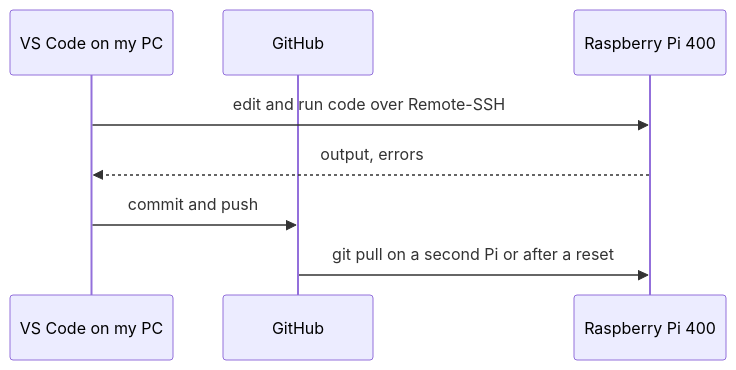
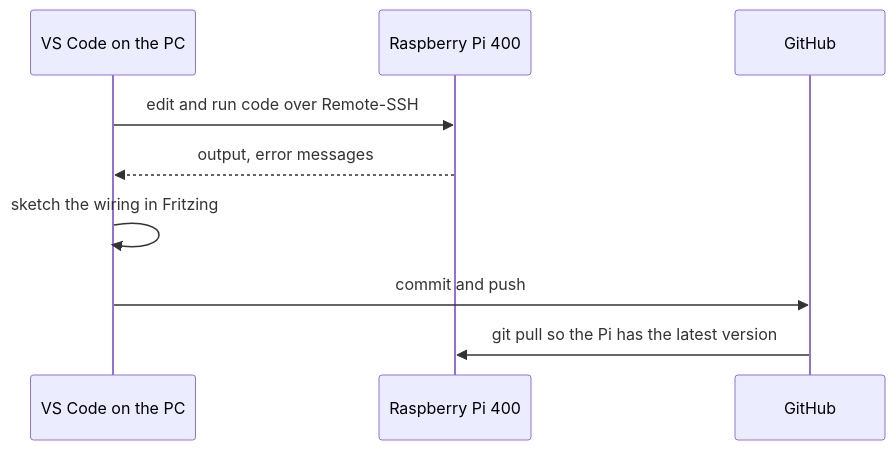
One commit to philmay1/lf07-cyber-physische-systeme changed the fourth of 4 diagrams in README.md. Above: the diagram before and after it, drawn with Mermaid. The commit also changed other lines of this file and 9 other files, not shown here.

````diff
--- a/README.md
+++ b/README.md
@@ -277,10 +265,11 @@
 ```mermaid
 sequenceDiagram
-    participant PC as VS Code on my PC
+    participant PC as VS Code on the PC
+    participant Pi as Raspberry Pi 400
     participant GH as GitHub
-    participant Pi as Raspberry Pi 400
     PC->>Pi: edit and run code over Remote-SSH
-    Pi-->>PC: output, errors
+    Pi-->>PC: output, error messages
+    PC->>PC: sketch the wiring in Fritzing
     PC->>GH: commit and push
-    GH->>Pi: git pull on a second Pi or after a reset
+    GH->>Pi: git pull so the Pi has the latest version
 ```
````
